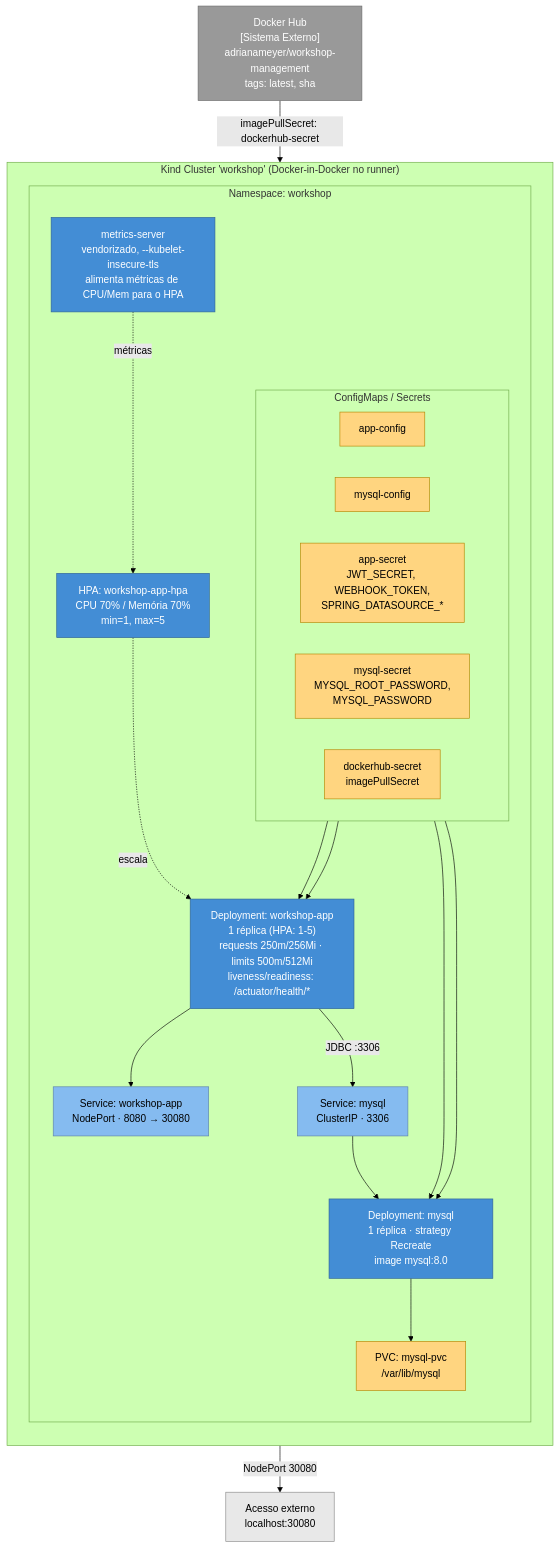
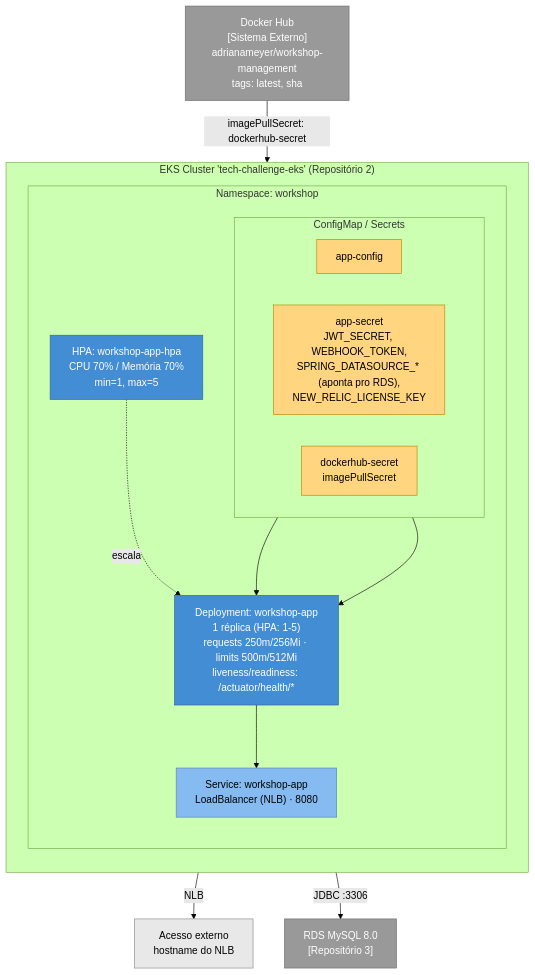
The diagram in docs/DEPLOYMENT.md (Adriana-Meyer/fiap-tech-challenge-pos-tech), drawn with Mermaid (forest theme) before and after one commit. The commit also changed other lines of this file and 36 other files, not shown here.

First line of the commit message:
refactor: remove kind deploy path, AWS is now the only deploy target (#38)

````diff
--- a/docs/DEPLOYMENT.md
+++ b/docs/DEPLOYMENT.md
@@ -9,51 +11,39 @@
 ```mermaid
 flowchart TB
     classDef external fill:#999999,stroke:#6b6b6b,color:#fff
     classDef node fill:#e8e8e8,stroke:#888,color:#000
     classDef deploy fill:#438dd5,stroke:#2e6295,color:#fff
     classDef svc fill:#85bbf0,stroke:#5d82a8,color:#000
     classDef store fill:#ffd580,stroke:#b38600,color:#000
 
     DockerHub["Docker Hub<br/>[Sistema Externo]<br/>adrianameyer/workshop-management<br/>tags: latest, sha"]:::external
+    RDS["RDS MySQL 8.0<br/>[Repositório 3]"]:::external
 
-    subgraph Kind["Kind Cluster 'workshop' (Docker-in-Docker no runner)"]
+    subgraph EKS["EKS Cluster 'tech-challenge-eks' (Repositório 2)"]
       direction TB
       subgraph NS["Namespace: workshop"]
         direction TB
 
-        subgraph Config["ConfigMaps / Secrets"]
+        subgraph Config["ConfigMap / Secrets"]
           direction LR
           CM1["app-config"]:::store
-          CM2["mysql-config"]:::store
-          SEC1["app-secret<br/>JWT_SECRET, WEBHOOK_TOKEN,<br/>SPRING_DATASOURCE_*"]:::store
-          SEC2["mysql-secret<br/>MYSQL_ROOT_PASSWORD,<br/>MYSQL_PASSWORD"]:::store
-          SEC3["dockerhub-secret<br/>imagePullSecret"]:::store
+          SEC1["app-secret<br/>JWT_SECRET, WEBHOOK_TOKEN,<br/>SPRING_DATASOURCE_* (aponta pro RDS),<br/>NEW_RELIC_LICENSE_KEY"]:::store
+          SEC2["dockerhub-secret<br/>imagePullSecret"]:::store
         end
 
         DeployApp["Deployment: workshop-app<br/>1 réplica (HPA: 1-5)<br/>requests 250m/256Mi · limits 500m/512Mi<br/>liveness/readiness: /actuator/health/*"]:::deploy
-        SvcApp["Service: workshop-app<br/>NodePort · 8080 → 30080"]:::svc
+        SvcApp["Service: workshop-app<br/>LoadBalancer (NLB) · 8080"]:::svc
         HPA["HPA: workshop-app-hpa<br/>CPU 70% / Memória 70%<br/>min=1, max=5"]:::deploy
-
-        DeployMysql["Deployment: mysql<br/>1 réplica · strategy Recreate<br/>image mysql:8.0"]:::deploy
-        SvcMysql["Service: mysql<br/>ClusterIP · 3306"]:::svc
-        PVC["PVC: mysql-pvc<br/>/var/lib/mysql"]:::store
-
-        MetricsServer["metrics-server<br/>vendorizado, --kubelet-insecure-tls<br/>alimenta métricas de CPU/Mem para o HPA"]:::deploy
       end
     end
 
-    Host["Acesso externo<br/>localhost:30080"]:::node
+    Host["Acesso externo<br/>hostname do NLB"]:::node
 
     DockerHub -- "imagePullSecret: dockerhub-secret" --> DeployApp
     CM1 --> DeployApp
     SEC1 --> DeployApp
-    CM2 --> DeployMysql
-    SEC2 --> DeployMysql
     DeployApp --> SvcApp
-    SvcApp -- "NodePort 30080" --> Host
+    SvcApp -- "NLB" --> Host
     HPA -. "escala" .-> DeployApp
-    MetricsServer -. "métricas" .-> HPA
-    DeployApp -- "JDBC :3306" --> SvcMysql
-    SvcMysql --> DeployMysql
-    DeployMysql --> PVC
+    DeployApp -- "JDBC :3306" --> RDS
 ```
````
